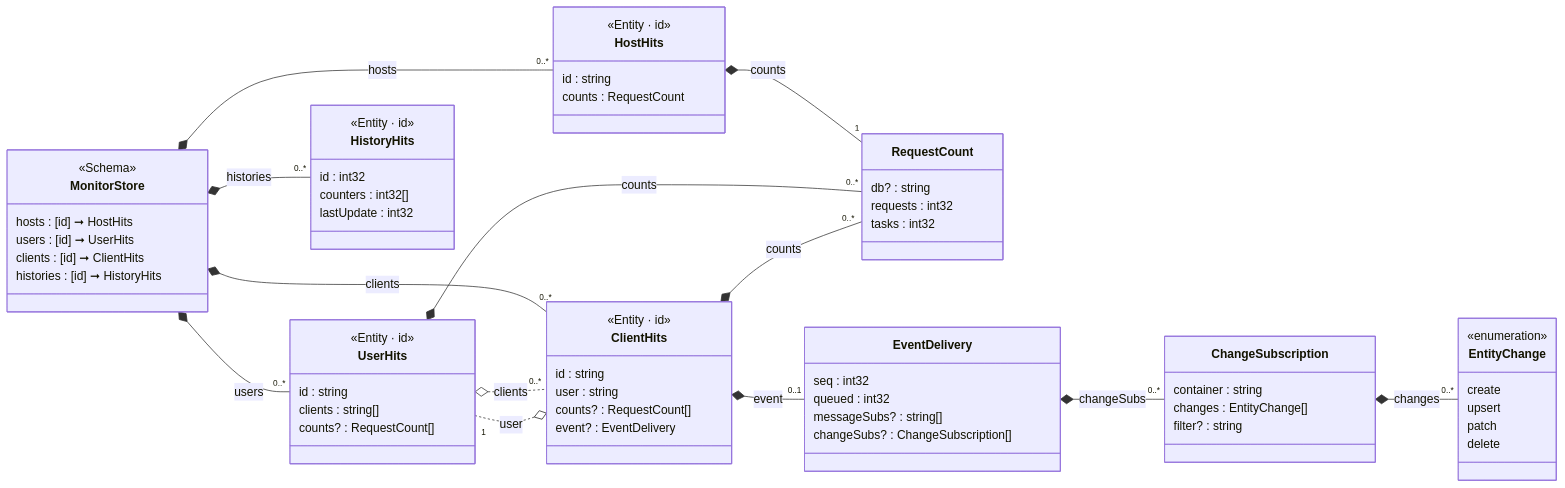
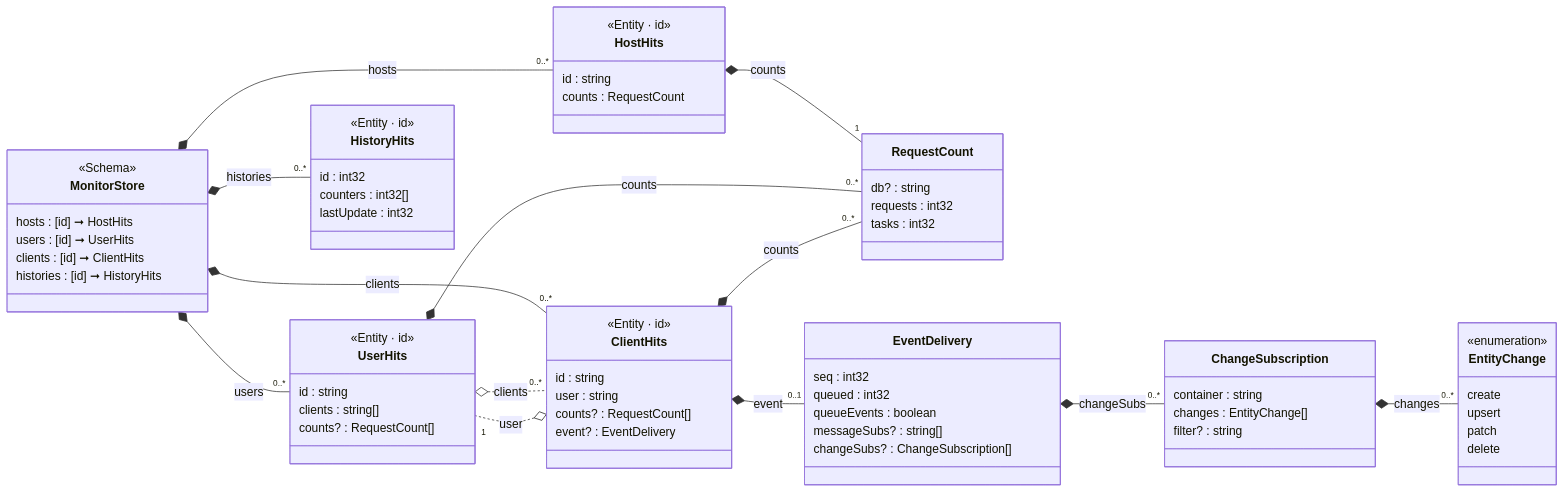
The diagram in Json.Tests/assets~/Schema/Markdown/MonitorStore/class-diagram.md (friflo/Friflo.Json.Fliox), drawn with Mermaid before and after one commit. The commit also changed 4 other files, not shown here.

Commit message:
Event - add EventDelivery.queueEvents

````diff
--- a/Json.Tests/assets~/Schema/Markdown/MonitorStore/class-diagram.md
+++ b/Json.Tests/assets~/Schema/Markdown/MonitorStore/class-diagram.md
@@ -3,83 +3,84 @@
 ```mermaid
 classDiagram
 direction LR
 
 class MonitorStore:::cssSchema {
     <<Schema>>
     <<abstract>>
     hosts      : [id] ➞ HostHits
     users      : [id] ➞ UserHits
     clients    : [id] ➞ ClientHits
     histories  : [id] ➞ HistoryHits
 }
 MonitorStore *-- "0..*" HostHits : hosts
 MonitorStore *-- "0..*" UserHits : users
 MonitorStore *-- "0..*" ClientHits : clients
 MonitorStore *-- "0..*" HistoryHits : histories
 
 class HostHits:::cssEntity {
     <<Entity · id>>
     id      : string
     counts  : RequestCount
 }
 HostHits *-- "1" RequestCount : counts
 
 class UserHits:::cssEntity {
     <<Entity · id>>
     id       : string
     clients  : string[]
     counts?  : RequestCount[]
 }
 UserHits o.. "0..*" ClientHits : clients
 UserHits *-- "0..*" RequestCount : counts
 
 class ClientHits:::cssEntity {
     <<Entity · id>>
     id      : string
     user    : string
     counts? : RequestCount[]
     event?  : EventDelivery
 }
 ClientHits o.. "1" UserHits : user
 ClientHits *-- "0..*" RequestCount : counts
 ClientHits *-- "0..1" EventDelivery : event
 
 class HistoryHits:::cssEntity {
     <<Entity · id>>
     id          : int32
     counters    : int32[]
     lastUpdate  : int32
 }
 
 class RequestCount {
     db?       : string
     requests  : int32
     tasks     : int32
 }
 
 class EventDelivery {
     seq          : int32
     queued       : int32
+    queueEvents  : boolean
     messageSubs? : string[]
     changeSubs?  : ChangeSubscription[]
 }
 EventDelivery *-- "0..*" ChangeSubscription : changeSubs
 
 class ChangeSubscription {
     container  : string
     changes    : EntityChange[]
     filter?    : string
 }
 ChangeSubscription *-- "0..*" EntityChange : changes
 
 class EntityChange:::cssEnum {
     <<enumeration>>
     create
     upsert
     patch
     delete
 }
 
 
 
 ```
````
